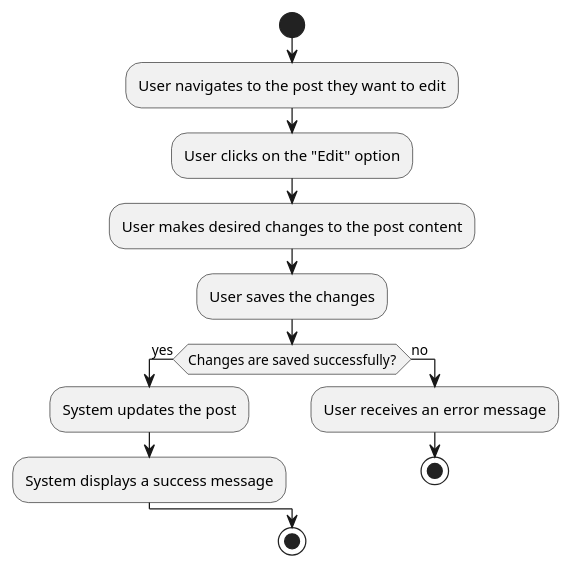
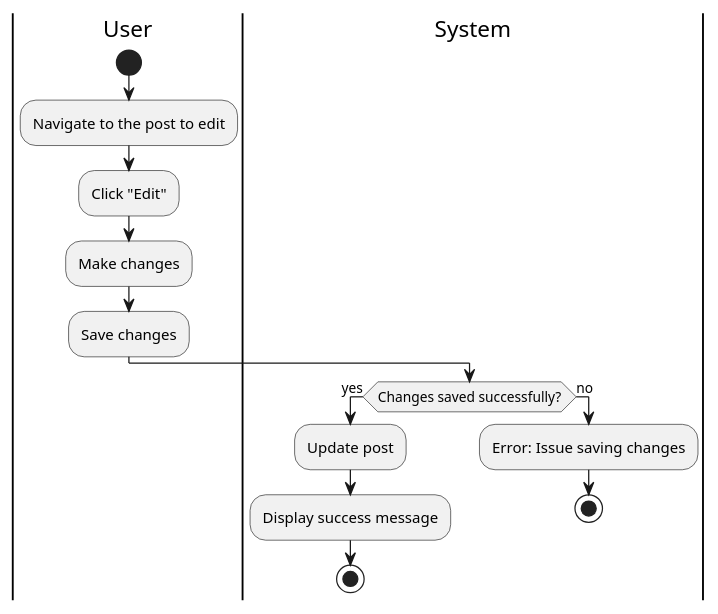
Diagram 11 of 22 in docs/checkpoint_1/use_cases.md (tungbeo0221/Forked-crosscodex.github.io), drawn with PlantUML before and after one commit. The commit also changed other lines of this file and 39 other files, not shown here.

````diff
--- a/docs/checkpoint_1/use_cases.md
+++ b/docs/checkpoint_1/use_cases.md
@@ -285,17 +350,20 @@
 ```plantuml
 @startuml
+|User|
 start
-:User navigates to the post they want to edit;
-:User clicks on the "Edit" option;
-:User makes desired changes to the post content;
-:User saves the changes;
-if (Changes are saved successfully?) then (yes)
-  :System updates the post;
-  :System displays a success message;
+:Navigate to the post to edit;
+:Click "Edit";
+:Make changes;
+:Save changes;
+|System|
+if (Changes saved successfully?) then (yes)
+  :Update post;
+  :Display success message;
+  stop
 else (no)
-  :User receives an error message;
+  :Error: Issue saving changes;
   stop
 endif
-stop
 @enduml
+
 ```
````
